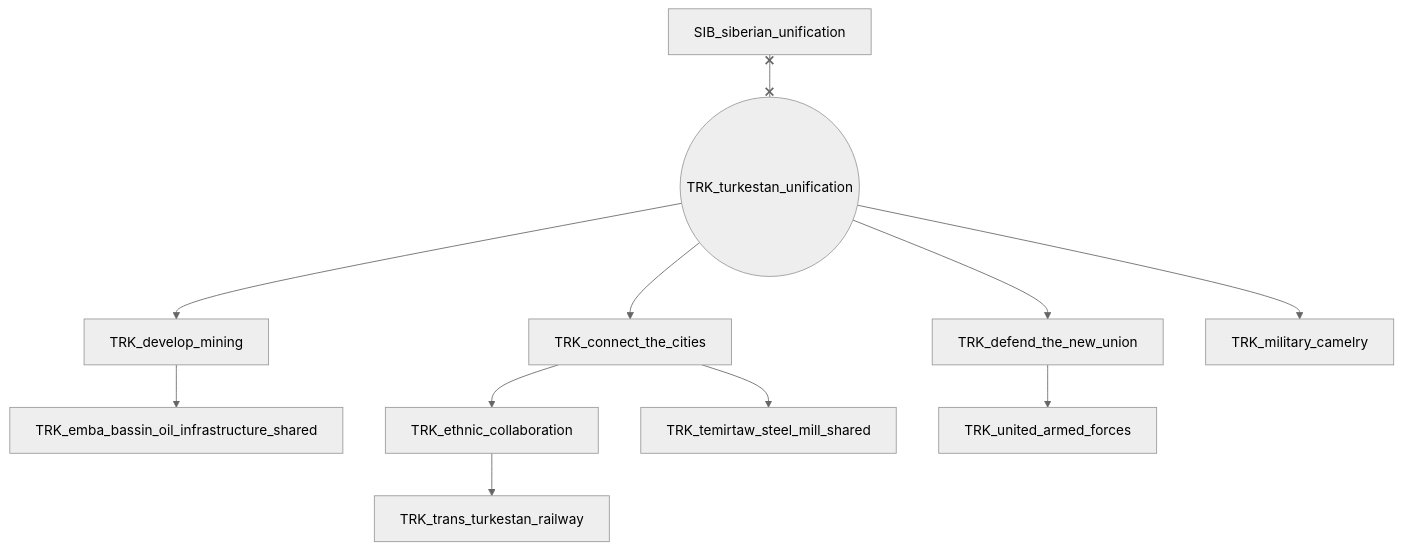
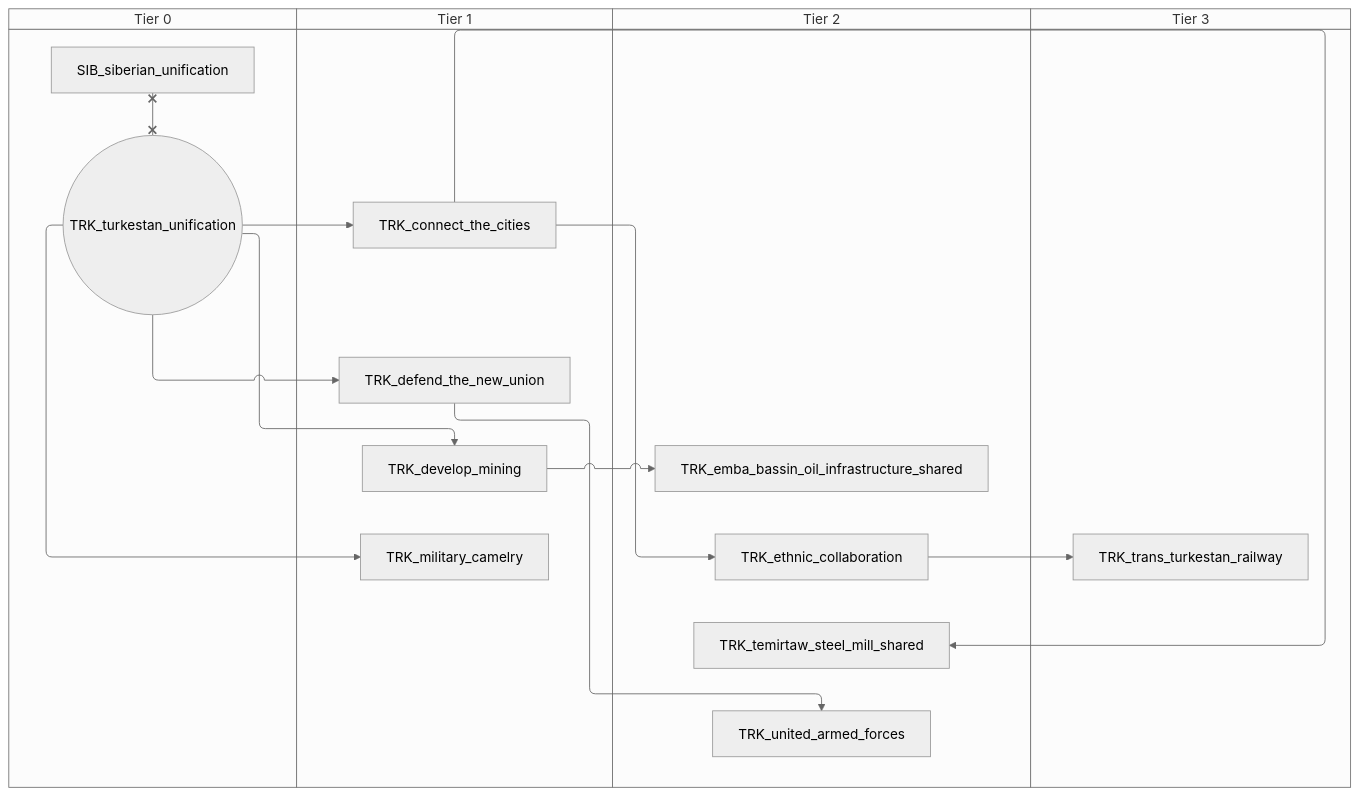
Before and after one commit to evgeny-sobol/hoi4-sandbox-mode-r56: the third of 3 diagrams in docs/gdd/National Focuses/r56/r56_turkestan_shared.md, drawn with Mermaid (neutral theme). The commit also changed other lines of this file and 423 other files, not shown here.

First line of the commit message:
Re-export Rt56 focus trees as swimlane diagrams

````diff
--- a/docs/gdd/National Focuses/r56/r56_turkestan_shared.md
+++ b/docs/gdd/National Focuses/r56/r56_turkestan_shared.md
@@ -155,24 +179,32 @@
 ```mermaid
-flowchart TD
-    n61["SIB_siberian_unification"]
-    n62["TRK_connect_the_cities"]
-    n63["TRK_defend_the_new_union"]
-    n64["TRK_develop_mining"]
-    n65["TRK_emba_bassin_oil_infrastructure_shared"]
-    n66["TRK_ethnic_collaboration"]
-    n67["TRK_military_camelry"]
-    n68["TRK_temirtaw_steel_mill_shared"]
-    n69["TRK_trans_turkestan_railway"]
-    n70(("TRK_turkestan_unification"))
-    n71["TRK_united_armed_forces"]
-    n70 --> n62
-    n70 --> n63
-    n70 --> n64
-    n64 --> n65
+swimlane-beta TD
+    subgraph tier_0["Tier 0"]
+        n61["SIB_siberian_unification"]
+        n62(("TRK_turkestan_unification"))
+    end
+    subgraph tier_1["Tier 1"]
+        n63["TRK_connect_the_cities"]
+        n64["TRK_defend_the_new_union"]
+        n65["TRK_develop_mining"]
+        n66["TRK_military_camelry"]
+    end
+    subgraph tier_2["Tier 2"]
+        n67["TRK_emba_bassin_oil_infrastructure_shared"]
+        n68["TRK_ethnic_collaboration"]
+        n69["TRK_temirtaw_steel_mill_shared"]
+        n70["TRK_united_armed_forces"]
+    end
+    subgraph tier_3["Tier 3"]
+        n71["TRK_trans_turkestan_railway"]
+    end
+    n62 --> n63
+    n62 --> n64
+    n62 --> n65
+    n65 --> n67
+    n63 --> n68
     n62 --> n66
-    n70 --> n67
-    n62 --> n68
-    n66 --> n69
-    n63 --> n71
-    n61 x--x n70
+    n63 --> n69
+    n68 --> n71
+    n64 --> n70
+    n61 x--x n62
 ```
````
